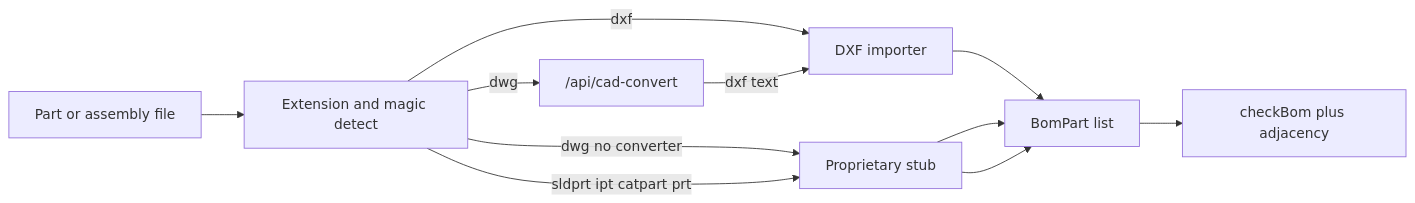
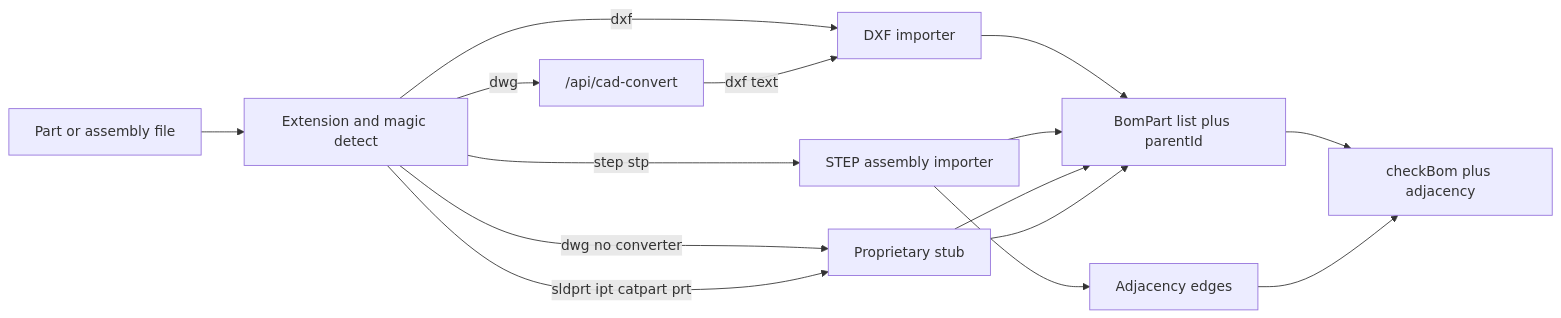
The diagram in docs/CAD_NATIVE_PARTS_PLAN.md (Miles-Magyar/NASA-space-apps), drawn with Mermaid before and after one commit. The commit also changed other lines of this file and 15 other files, not shown here.

First line of the commit message:
Phase 2: STEP assembly trees with parentId and adjacency

````diff
--- a/docs/CAD_NATIVE_PARTS_PLAN.md
+++ b/docs/CAD_NATIVE_PARTS_PLAN.md
@@ -24,16 +25,21 @@
 ```mermaid
 flowchart LR
   file[Part or assembly file]
   detect[Extension and magic detect]
   dxf[DXF importer]
+  step[STEP assembly importer]
   convert["/api/cad-convert"]
   prop[Proprietary stub]
-  bom[BomPart list]
+  bom[BomPart list plus parentId]
+  adj[Adjacency edges]
   check[checkBom plus adjacency]
   file --> detect
   detect -->|dxf| dxf --> bom
+  detect -->|step stp| step --> bom
+  step --> adj
   detect -->|dwg| convert -->|dxf text| dxf
   detect -->|dwg no converter| prop --> bom
   detect -->|sldprt ipt catpart prt| prop --> bom
   bom --> check
+  adj --> check
 ```
````
